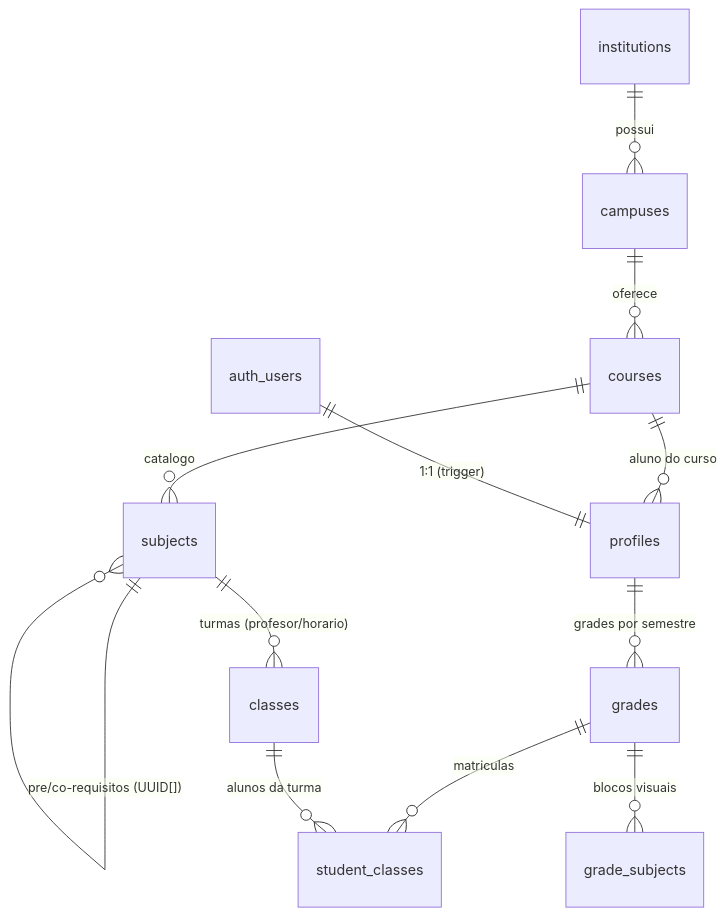
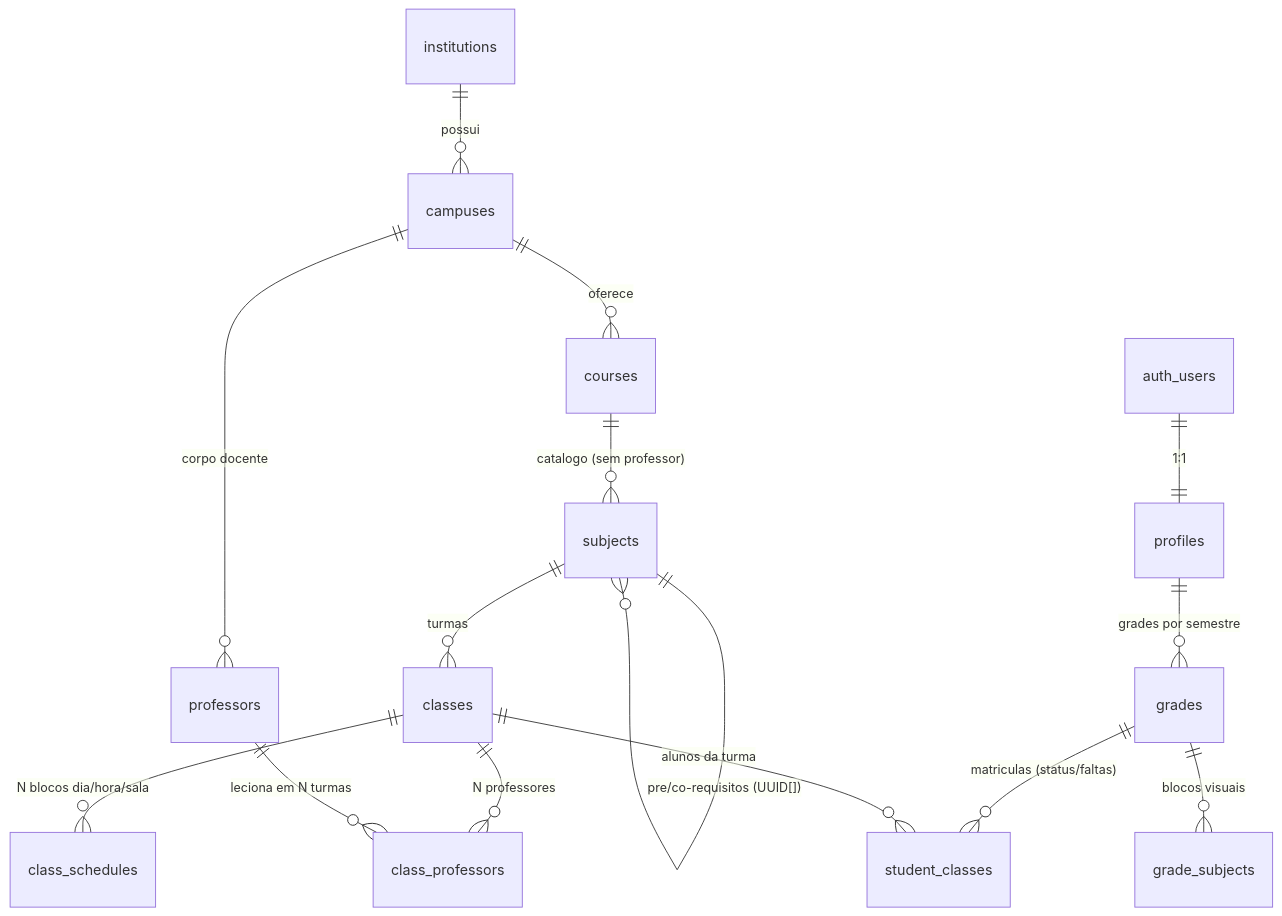
The diagram in docs/DB_SCHEMA.md (Titanio112/Grade_Horaria), drawn with Mermaid before and after one commit. The commit also changed other lines of this file and 5 other files, not shown here.

Commit message:
feat(db): normalizacao v3 - professors/class_schedules separados, indices de busca, trava de choque de horarios (8/8 + 16/16)

````diff
--- a/docs/DB_SCHEMA.md
+++ b/docs/DB_SCHEMA.md
@@ -11,14 +10,17 @@
 ```mermaid
 erDiagram
     institutions ||--o{ campuses : "possui"
     campuses ||--o{ courses : "oferece"
-    courses ||--o{ subjects : "catalogo"
-    subjects ||--o{ classes : "turmas (profesor/horario)"
+    campuses ||--o{ professors : "corpo docente"
+    courses ||--o{ subjects : "catalogo (sem professor)"
+    subjects ||--o{ classes : "turmas"
+    classes ||--o{ class_professors : "N professores"
+    professors ||--o{ class_professors : "leciona em N turmas"
+    classes ||--o{ class_schedules : "N blocos dia/hora/sala"
     subjects ||--o{ subjects : "pre/co-requisitos (UUID[])"
-    courses ||--o{ profiles : "aluno do curso"
-    auth_users ||--|| profiles : "1:1 (trigger)"
+    auth_users ||--|| profiles : "1:1"
     profiles ||--o{ grades : "grades por semestre"
     grades ||--o{ grade_subjects : "blocos visuais"
-    grades ||--o{ student_classes : "matriculas"
+    grades ||--o{ student_classes : "matriculas (status/faltas)"
     classes ||--o{ student_classes : "alunos da turma"
 ```
````
